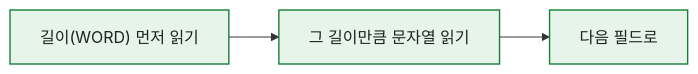
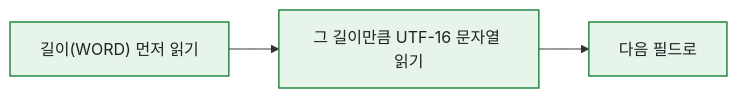
The fourth of 5 diagrams in content/blog/hwp-hwpx-format-parsing-python.md (DBhyeong/DBhyeong.github.io), drawn with Mermaid before and after one commit. The commit also changed other lines of this file and 4 other files, not shown here.

````diff
--- a/content/blog/hwp-hwpx-format-parsing-python.md
+++ b/content/blog/hwp-hwpx-format-parsing-python.md
@@ -115,6 +122,6 @@
 ```mermaid
 flowchart LR
   classDef s fill:#e6f4ea,stroke:#188038,stroke-width:1.4px,color:#202124
-  LEN["길이(WORD) 먼저 읽기"]:::s --> STR["그 길이만큼 문자열 읽기"]:::s
+  LEN["길이(WORD) 먼저 읽기"]:::s --> STR["그 길이만큼 UTF-16 문자열 읽기"]:::s
   STR --> NEXT["다음 필드로"]:::s
 ```
````
